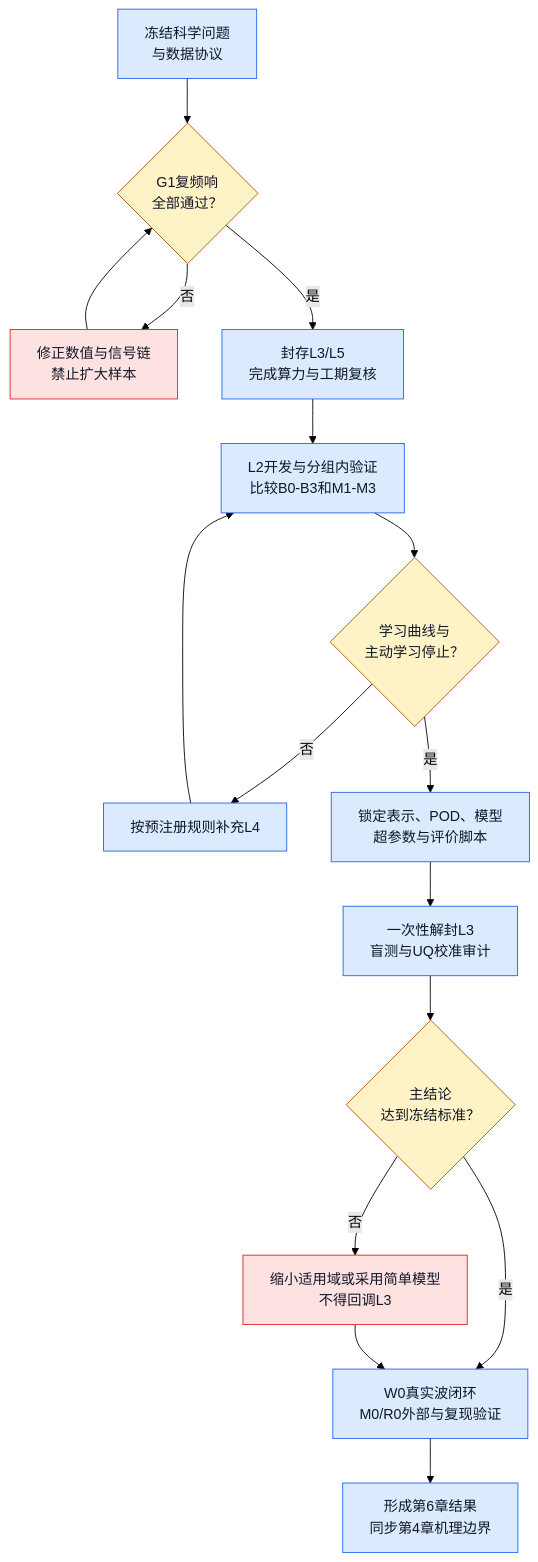
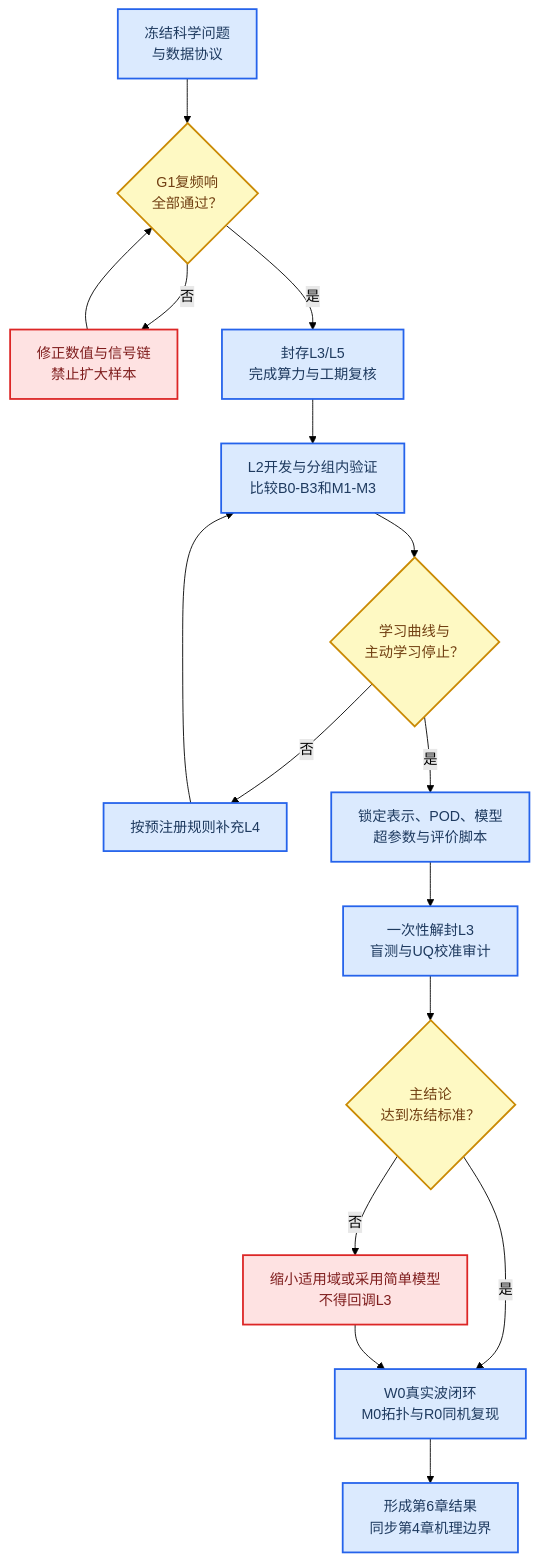
The diagram in docs/计划文档/边坡地震响应机器学习研究与实施计划.md (joyjoyfresh/AbqScripts), drawn with Mermaid (forest theme) before and after one commit. The commit also changed other lines of this file and 15 other files, not shown here.

````diff
--- a/docs/计划文档/边坡地震响应机器学习研究与实施计划.md
+++ b/docs/计划文档/边坡地震响应机器学习研究与实施计划.md
@@ -294,28 +296,28 @@
 ```mermaid
 flowchart TD
     accTitle: 机器学习v4阶段门与论文证据链
     accDescr: 研究从复频响验收开始，经数据协议冻结、开发集建模、模型锁定、独立盲测和真实波闭环进入论文定稿；任一硬门失败都返回修正或缩小结论。
 
     A["冻结科学问题<br/>与数据协议"] --> B{"G1复频响<br/>全部通过？"}
     B -->|"否"| C["修正数值与信号链<br/>禁止扩大样本"]
     C --> B
     B -->|"是"| D["封存L3/L5<br/>完成算力与工期复核"]
     D --> E["L2开发与分组内验证<br/>比较B0-B3和M1-M3"]
     E --> F{"学习曲线与<br/>主动学习停止？"}
     F -->|"否"| G["按预注册规则补充L4"]
     G --> E
     F -->|"是"| H["锁定表示、POD、模型<br/>超参数与评价脚本"]
     H --> I["一次性解封L3<br/>盲测与UQ校准审计"]
     I --> J{"主结论<br/>达到冻结标准？"}
     J -->|"否"| K["缩小适用域或采用简单模型<br/>不得回调L3"]
-    J -->|"是"| L["W0真实波闭环<br/>M0/R0外部与复现验证"]
+    J -->|"是"| L["W0真实波闭环<br/>M0拓扑与R0同机复现"]
     K --> L
     L --> M["形成第6章结果<br/>同步第4章机理边界"]
 
-    classDef gate fill:#fef3c7,stroke:#b45309,color:#111827;
-    classDef action fill:#dbeafe,stroke:#2563eb,color:#111827;
-    classDef stop fill:#fee2e2,stroke:#dc2626,color:#111827;
-    class B,F,J gate;
-    class A,D,E,G,H,I,L,M action;
-    class C,K stop;
+    classDef gate fill:#fef9c3,stroke:#ca8a04,stroke-width:2px,color:#713f12
+    classDef action fill:#dbeafe,stroke:#2563eb,stroke-width:2px,color:#1e3a5f
+    classDef stop fill:#fee2e2,stroke:#dc2626,stroke-width:2px,color:#7f1d1d
+    class B,F,J gate
+    class A,D,E,G,H,I,L,M action
+    class C,K stop
 ```
````
